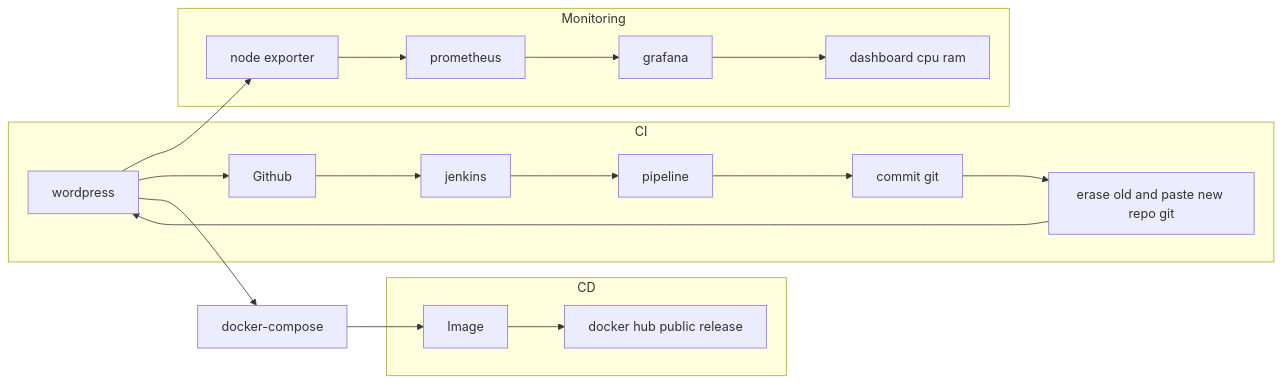
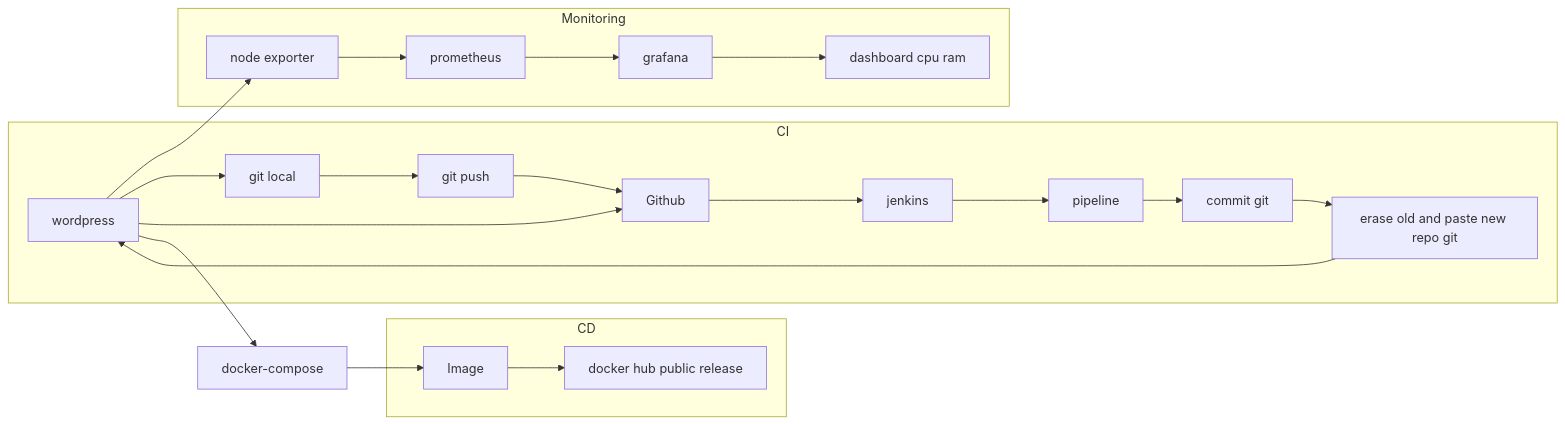
One commit to DanyAAD90/CICD_complete_from_scratch changed the diagram in README.md. Above: the diagram before and after it, drawn with Mermaid.

````diff
--- a/README.md
+++ b/README.md
@@ -5,22 +5,25 @@
 ```mermaid
 flowchart LR
 A[wordpress] --> G[node exporter]
 subgraph CI
+A --> O[git local]
+O --> P[git push]
+P --> B
 A --> B[Github]
 B --> K[jenkins]
 K --> L[pipeline]
 L --> M[commit git]
 M --> N[erase old and paste new repo git]
 N --> A
 end
 subgraph Monitoring
 G --> H[prometheus]
 H --> I[grafana]
 I --> J[dashboard cpu ram]
 end
 A --> D[docker-compose]
 D --> E[Image]
 subgraph CD
 E --> F[docker hub public release]
 end
 ```
````
